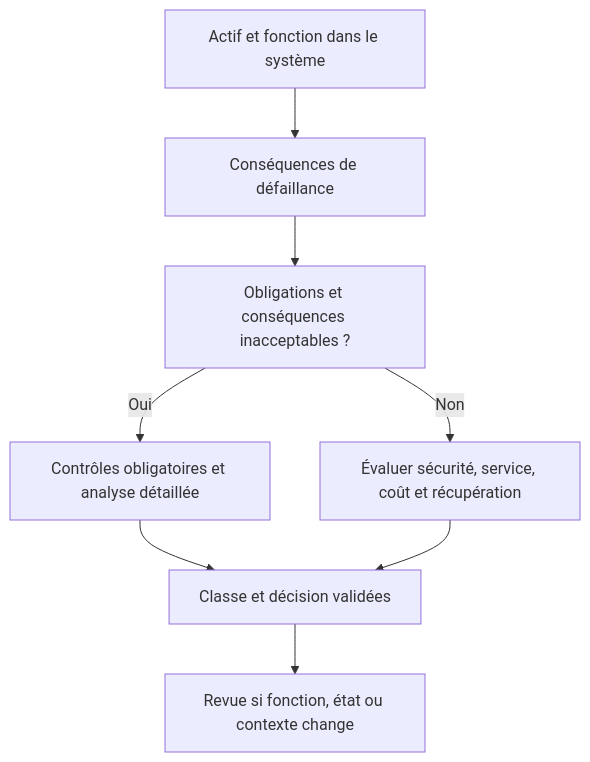
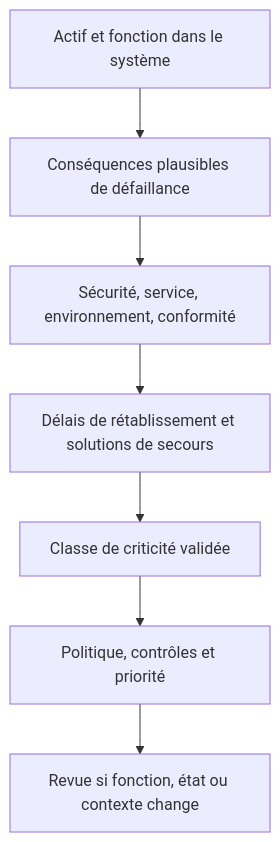
One commit to biggyseven/Skill-Tree changed the second of 16 diagrams in content/lessons/maint-strategie-expert.md. Above: the diagram before and after it, drawn with Mermaid. The commit also changed other lines of this file, not shown here.

```diff
--- a/content/lessons/maint-strategie-expert.md
+++ b/content/lessons/maint-strategie-expert.md
@@ -56,10 +56,9 @@
 ~~~mermaid
 flowchart TD
-  A["Actif et fonction dans le système"] --> B["Conséquences de défaillance"]
-  B --> C["Obligations et conséquences inacceptables ?"]
-  C -- "Oui" --> D["Contrôles obligatoires et analyse détaillée"]
-  C -- "Non" --> E["Évaluer sécurité, service, coût et récupération"]
-  D --> F["Classe et décision validées"]
-  E --> F
+  A["Actif et fonction dans le système"] --> B["Conséquences plausibles de défaillance"]
+  B --> C["Sécurité, service, environnement, conformité"]
+  C --> D["Délais de rétablissement et solutions de secours"]
+  D --> E["Classe de criticité validée"]
+  E --> F["Politique, contrôles et priorité"]
   F --> G["Revue si fonction, état ou contexte change"]
 ~~~
```
